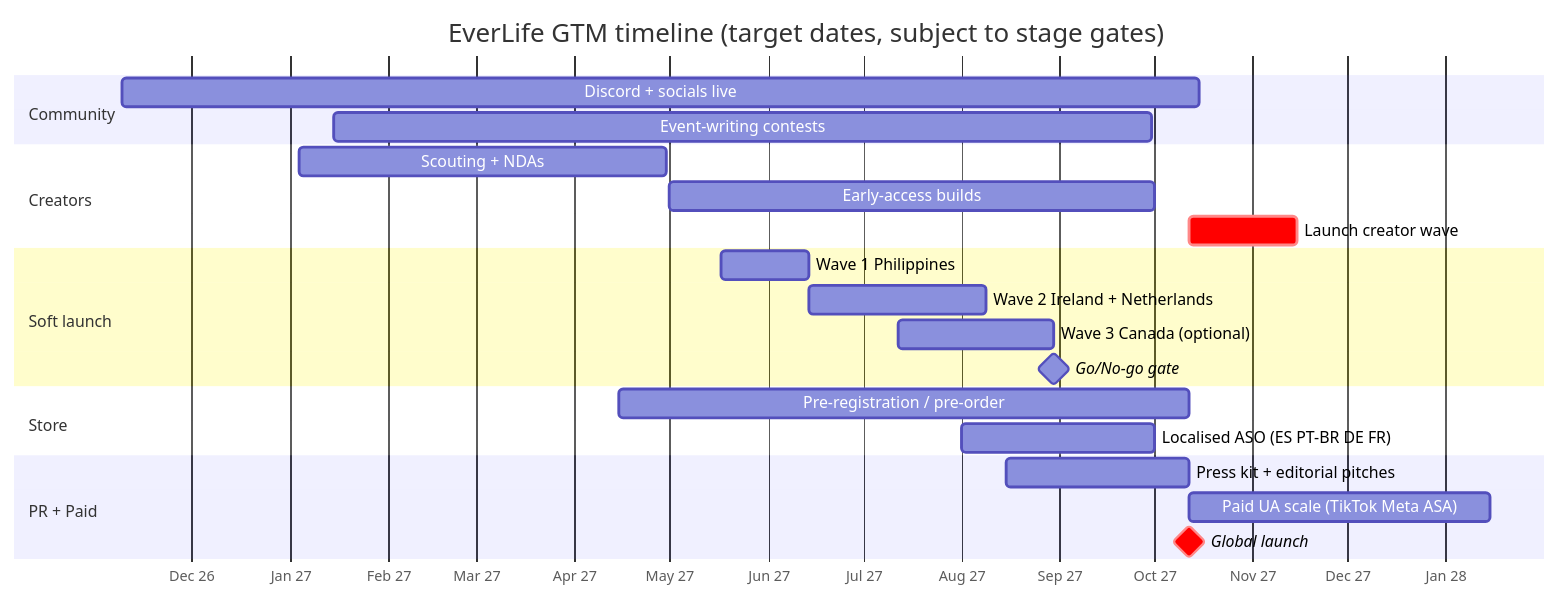
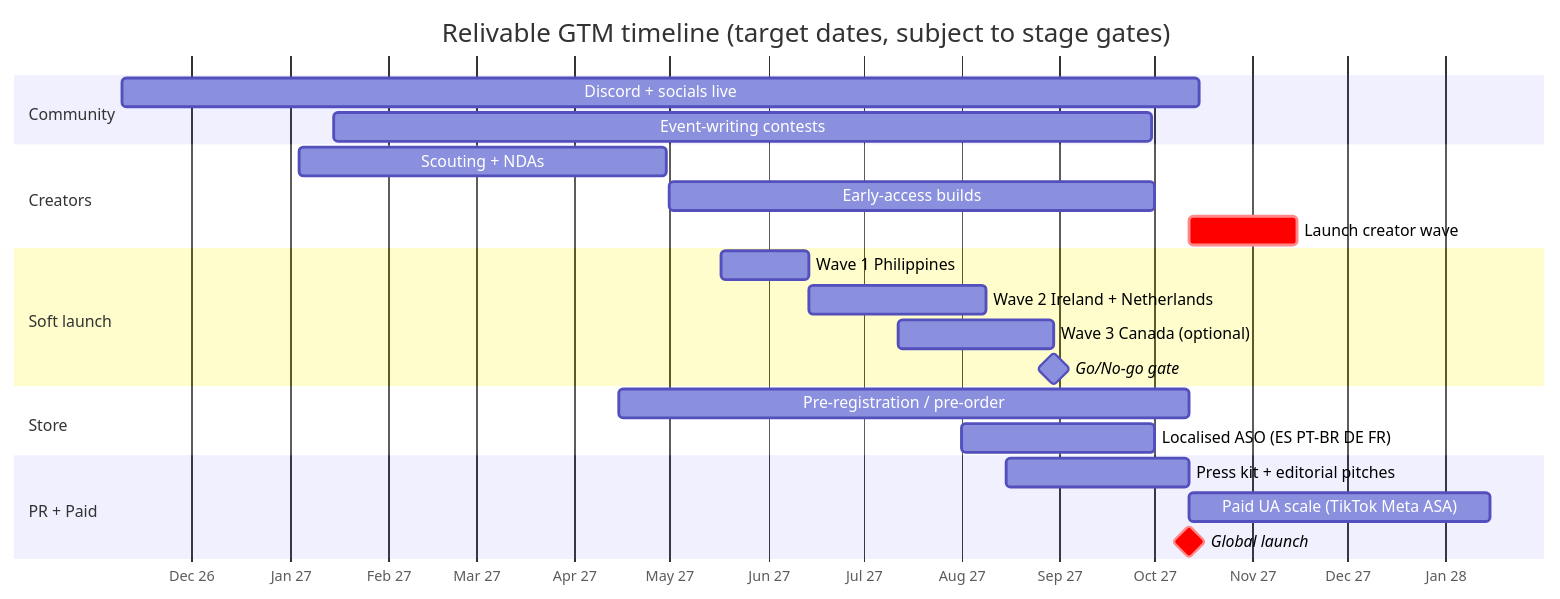
Before and after one commit to ZWITG/agent-weave-workbench: the diagram in docs/phase-1/10 Go-to-Market.md, drawn with Mermaid. The commit also changed other lines of this file and 17 other files, not shown here.

````diff
--- a/docs/phase-1/10 Go-to-Market.md
+++ b/docs/phase-1/10 Go-to-Market.md
@@ -229,25 +229,25 @@
 ```mermaid
 gantt
-  title EverLife GTM timeline (target dates, subject to stage gates)
+  title Relivable GTM timeline (target dates, subject to stage gates)
   dateFormat YYYY-MM-DD
   axisFormat %b %y
   section Community
   Discord + socials live           :c1, 2026-11-09, 2027-10-15
   Event-writing contests           :c2, 2027-01-15, 2027-09-30
   section Creators
   Scouting + NDAs                  :k1, 2027-01-04, 2027-04-30
   Early-access builds              :k2, 2027-05-01, 2027-10-01
   Launch creator wave              :crit, k3, 2027-10-12, 2027-11-15
   section Soft launch
   Wave 1 Philippines               :s1, 2027-05-17, 2027-06-14
   Wave 2 Ireland + Netherlands     :s2, 2027-06-14, 2027-08-09
   Wave 3 Canada (optional)         :s3, 2027-07-12, 2027-08-30
   Go/No-go gate                    :milestone, g1, 2027-08-30, 0d
   section Store
   Pre-registration / pre-order     :p1, 2027-04-15, 2027-10-12
   Localised ASO (ES PT-BR DE FR)   :p2, 2027-08-01, 2027-10-01
   section PR + Paid
   Press kit + editorial pitches    :r1, 2027-08-15, 2027-10-12
   Paid UA scale (TikTok Meta ASA)  :u1, 2027-10-12, 2028-01-15
   Global launch                    :milestone, crit, l1, 2027-10-12, 0d
 ```
````
